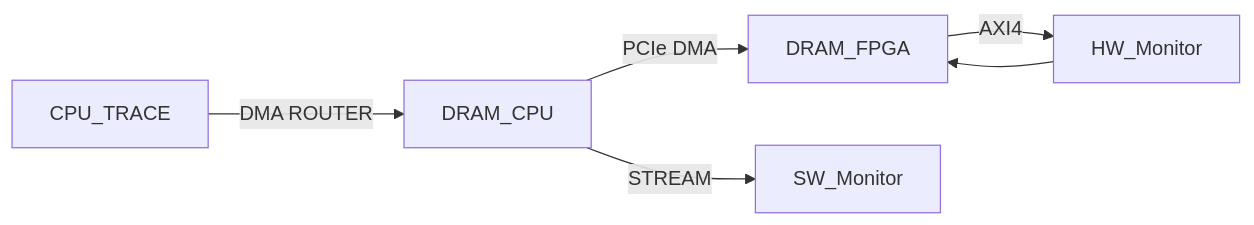
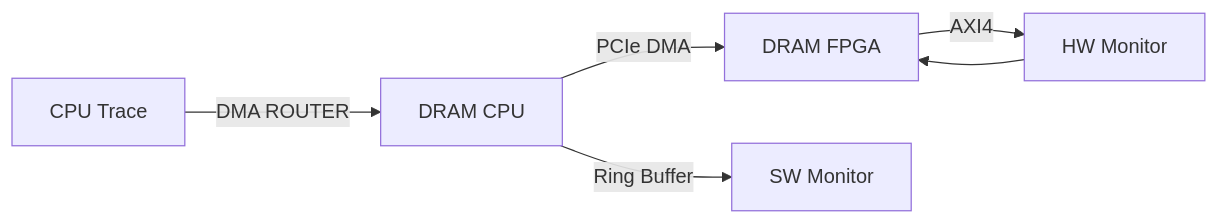
Before and after one commit to anmaped/rtmlib: the diagram in README.md, drawn with Mermaid. The commit also changed other lines of this file, not shown here.

````diff
--- a/README.md
+++ b/README.md
@@ -13,8 +13,8 @@
 ```mermaid
 flowchart LR;
-    DRAM_CPU-- PCIe DMA -->DRAM_FPGA;
-    DRAM_FPGA-- AXI4 -->HW_Monitor;
-    HW_Monitor-->DRAM_FPGA;
-    CPU_TRACE-- DMA ROUTER -->DRAM_CPU;
-    DRAM_CPU-- STREAM -->SW_Monitor;
+    DRAM_CPU[DRAM CPU]-- PCIe DMA -->DRAM_FPGA;
+    DRAM_FPGA[DRAM FPGA]-- AXI4 -->HW_Monitor;
+    HW_Monitor[HW Monitor]-->DRAM_FPGA;
+    CPU_TRACE[CPU Trace]-- DMA ROUTER -->DRAM_CPU;
+    DRAM_CPU[DRAM CPU]-- Ring Buffer -->SW_Monitor[SW Monitor];
 ```
````
